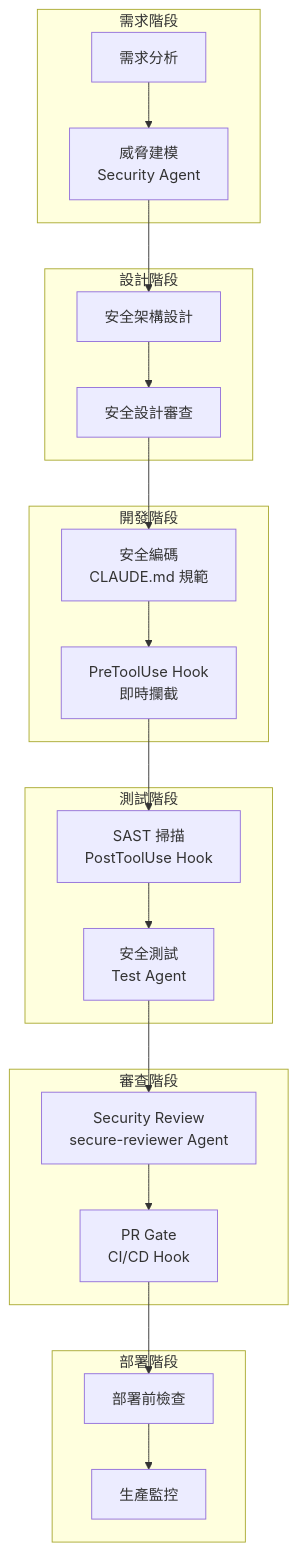
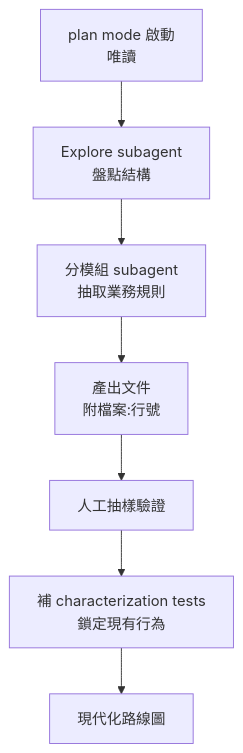
Before and after one commit to chihhung/Blog: the sixth of 9 diagrams in content/posts/教學/AI開發/claude-howto 教學手冊.md, drawn with Mermaid. The commit also changed other lines of this file and 4 other files, not shown here.

````diff
--- a/content/posts/教學/AI開發/claude-howto 教學手冊.md
+++ b/content/posts/教學/AI開發/claude-howto 教學手冊.md
@@ -1911,31 +4330,9 @@
 ```mermaid
-graph TD
-    subgraph "需求階段"
-        A[需求分析] --> B[威脅建模<br/>Security Agent]
-    end
-    
-    subgraph "設計階段"
-        B --> C[安全架構設計]
-        C --> D[安全設計審查]
-    end
-    
-    subgraph "開發階段"
-        D --> E[安全編碼<br/>CLAUDE.md 規範]
-        E --> F[PreToolUse Hook<br/>即時攔截]
-    end
-    
-    subgraph "測試階段"
-        F --> G[SAST 掃描<br/>PostToolUse Hook]
-        G --> H[安全測試<br/>Test Agent]
-    end
-    
-    subgraph "審查階段"
-        H --> I[Security Review<br/>secure-reviewer Agent]
-        I --> J[PR Gate<br/>CI/CD Hook]
-    end
-    
-    subgraph "部署階段"
-        J --> K[部署前檢查]
-        K --> L[生產監控]
-    end
+flowchart TD
+    A[plan mode 啟動<br/>唯讀] --> B[Explore subagent<br/>盤點結構]
+    B --> C[分模組 subagent<br/>抽取業務規則]
+    C --> D[產出文件<br/>附檔案:行號]
+    D --> E[人工抽樣驗證]
+    E --> F[補 characterization tests<br/>鎖定現有行為]
+    F --> G[現代化路線圖]
 ```
````
